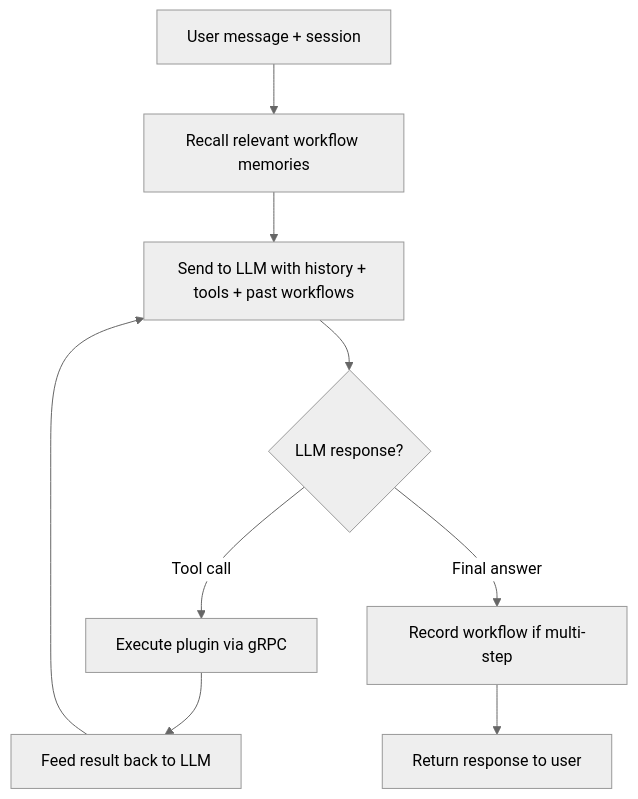
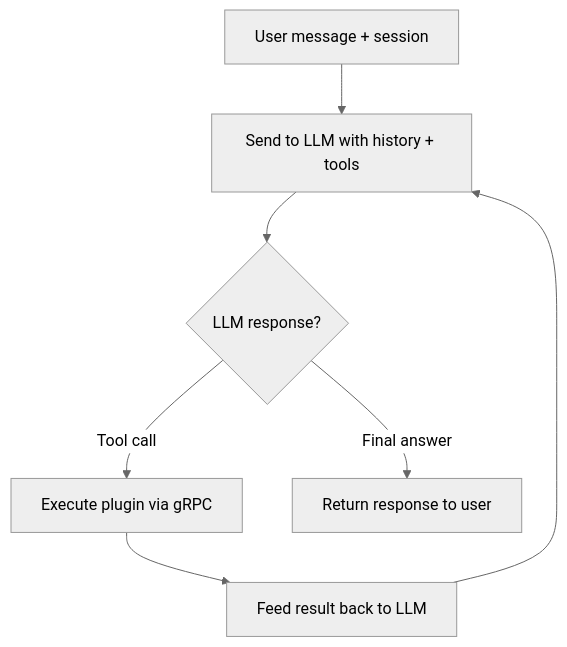
Before and after one commit to opentalon/opentalon: the second of 3 diagrams in docs/design/state.md, drawn with Mermaid (neutral theme). The commit also changed other lines of this file and 13 other files, not shown here.

````diff
--- a/docs/design/state.md
+++ b/docs/design/state.md
@@ -35,11 +34,9 @@
 ```mermaid
 flowchart TD
-    Start[User message + session] --> Recall[Recall relevant workflow memories]
-    Recall --> LLMCall[Send to LLM with history + tools + past workflows]
+    Start[User message + session] --> LLMCall[Send to LLM with history + tools]
     LLMCall --> Decision{LLM response?}
     Decision -->|Tool call| Execute[Execute plugin via gRPC]
     Execute --> FeedBack[Feed result back to LLM]
     FeedBack --> LLMCall
-    Decision -->|Final answer| Record[Record workflow if multi-step]
-    Record --> Respond[Return response to user]
+    Decision -->|Final answer| Respond[Return response to user]
 ```
````
